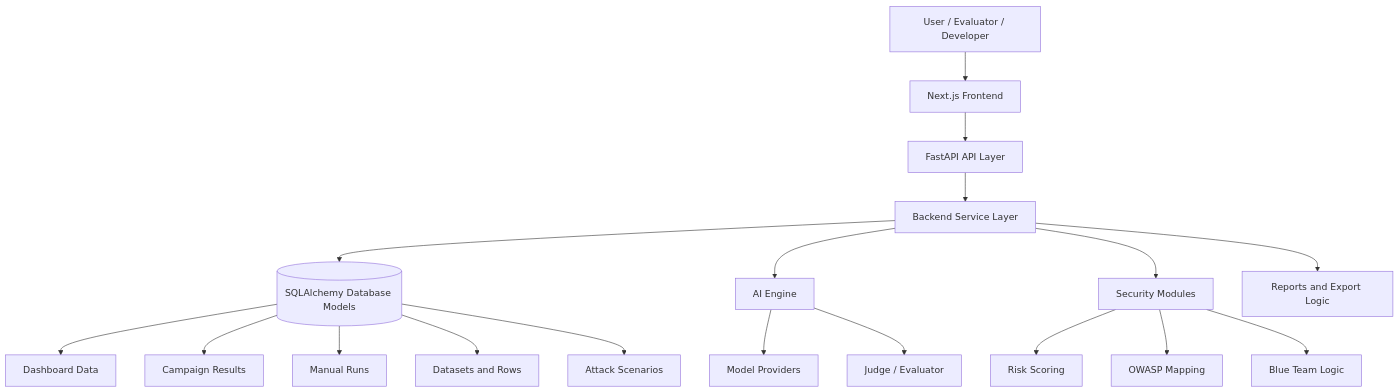
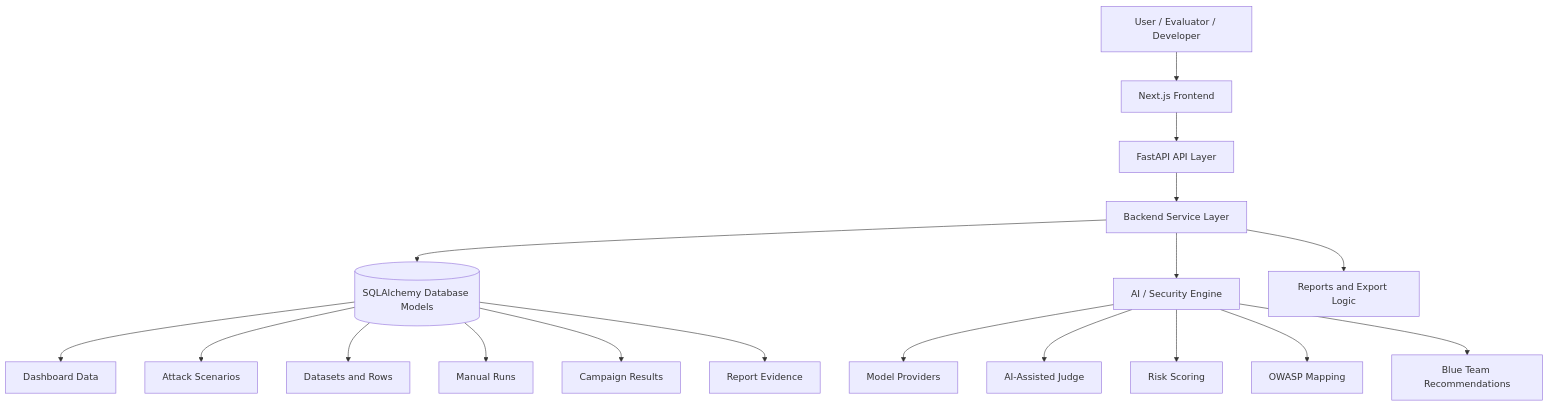
One commit to WASAN-ALMUTAAN1/Hexaguard changed the second of 4 diagrams in README.md. Above: the diagram before and after it, drawn with Mermaid. The commit also changed other lines of this file, not shown here.

````diff
--- a/README.md
+++ b/README.md
@@ -461,24 +378,25 @@
 ```mermaid
 flowchart TB
     User[User / Evaluator / Developer] --> FE[Next.js Frontend]
 
     FE --> API[FastAPI API Layer]
 
     API --> Services[Backend Service Layer]
+
     Services --> DB[(SQLAlchemy Database Models)]
-    Services --> AI[AI Engine]
-    Services --> Security[Security Modules]
+    Services --> AI[AI / Security Engine]
     Services --> Reports[Reports and Export Logic]
 
     AI --> Providers[Model Providers]
-    AI --> Judge[Judge / Evaluator]
-    Security --> Risk[Risk Scoring]
-    Security --> OWASP[OWASP Mapping]
-    Security --> BlueTeam[Blue Team Logic]
+    AI --> Judge[AI-Assisted Judge]
+    AI --> Risk[Risk Scoring]
+    AI --> OWASP[OWASP Mapping]
+    AI --> BlueTeam[Blue Team Recommendations]
 
     DB --> Dashboard[Dashboard Data]
+    DB --> Scenarios[Attack Scenarios]
+    DB --> Datasets[Datasets and Rows]
+    DB --> Manual[Manual Runs]
     DB --> Campaigns[Campaign Results]
-    DB --> Manual[Manual Runs]
-    DB --> Datasets[Datasets and Rows]
-    DB --> Scenarios[Attack Scenarios]
+    DB --> ReportData[Report Evidence]
 ```
````
